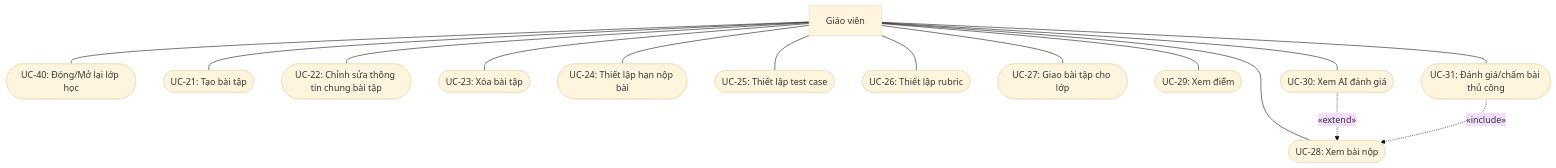
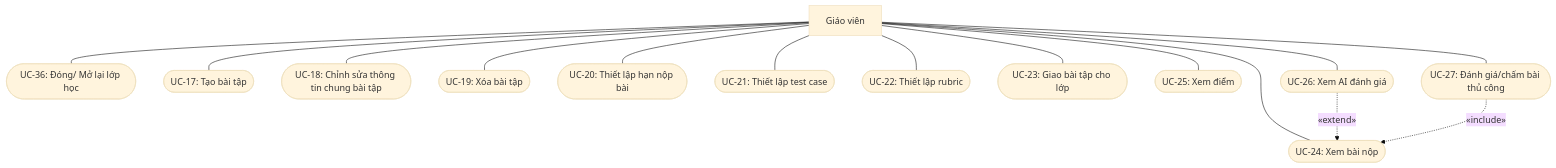
The fourth of 7 diagrams in docs/USE_CASE_DIAGRAMS.md (minhthuy70/ai-coding-tutor), drawn with Mermaid (base theme) before and after one commit. The commit also changed other lines of this file and 7 other files, not shown here.

````diff
--- a/docs/USE_CASE_DIAGRAMS.md
+++ b/docs/USE_CASE_DIAGRAMS.md
@@ -100,41 +98,41 @@
 ```mermaid
 flowchart TB
     %% Actors
     GiaoVien["Giáo viên"]
 
     %% Quản lý trạng thái lớp phụ trách
-    UC40(["UC-40: Đóng/Mở lại lớp học"])
+    UC36(["UC-36: Đóng/ Mở lại lớp học"])
 
     %% Quản lý & Cấu hình bài tập
-    UC21(["UC-21: Tạo bài tập"])
-    UC22(["UC-22: Chỉnh sửa thông tin chung bài tập"])
-    UC23(["UC-23: Xóa bài tập"])
-    UC24(["UC-24: Thiết lập hạn nộp bài"])
-    UC25(["UC-25: Thiết lập test case"])
-    UC26(["UC-26: Thiết lập rubric"])
-    UC27(["UC-27: Giao bài tập cho lớp"])
+    UC17(["UC-17: Tạo bài tập"])
+    UC18(["UC-18: Chỉnh sửa thông tin chung bài tập"])
+    UC19(["UC-19: Xóa bài tập"])
+    UC20(["UC-20: Thiết lập hạn nộp bài"])
+    UC21(["UC-21: Thiết lập test case"])
+    UC22(["UC-22: Thiết lập rubric"])
+    UC23(["UC-23: Giao bài tập cho lớp"])
 
     %% Đánh giá & Chấm bài
-    UC28(["UC-28: Xem bài nộp"])
-    UC29(["UC-29: Xem điểm"])
-    UC30(["UC-30: Xem AI đánh giá"])
-    UC31(["UC-31: Đánh giá/chấm bài thủ công"])
+    UC24(["UC-24: Xem bài nộp"])
+    UC25(["UC-25: Xem điểm"])
+    UC26(["UC-26: Xem AI đánh giá"])
+    UC27(["UC-27: Đánh giá/chấm bài thủ công"])
 
     %% Associations
-    GiaoVien --- UC40
+    GiaoVien --- UC36
+    GiaoVien --- UC17
+    GiaoVien --- UC18
+    GiaoVien --- UC19
+    GiaoVien --- UC20
     GiaoVien --- UC21
     GiaoVien --- UC22
     GiaoVien --- UC23
     GiaoVien --- UC24
     GiaoVien --- UC25
     GiaoVien --- UC26
     GiaoVien --- UC27
-    GiaoVien --- UC28
-    GiaoVien --- UC29
-    GiaoVien --- UC30
-    GiaoVien --- UC31
 
     %% Relationships
-    UC30 -. "«extend»" .-> UC28
-    UC31 -. "«include»" .-> UC28
+    UC26 -. "«extend»" .-> UC24
+    UC27 -. "«include»" .-> UC24
 ```
````
